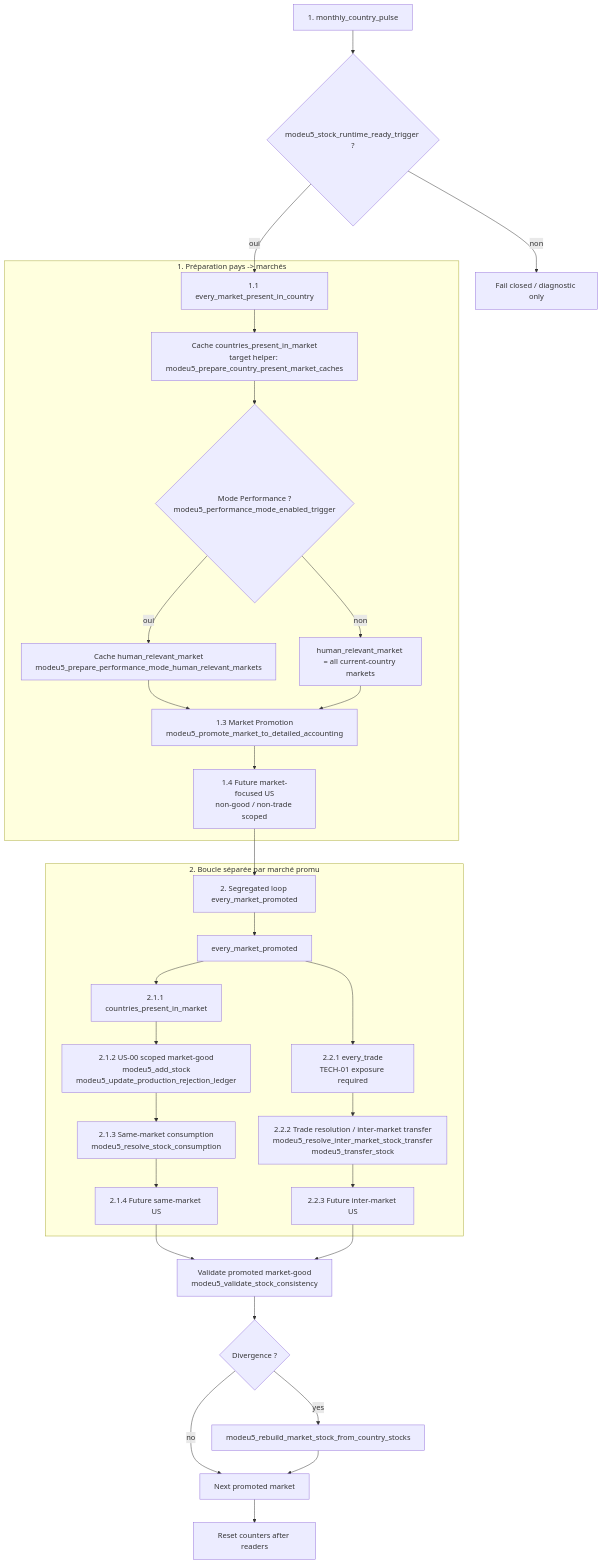
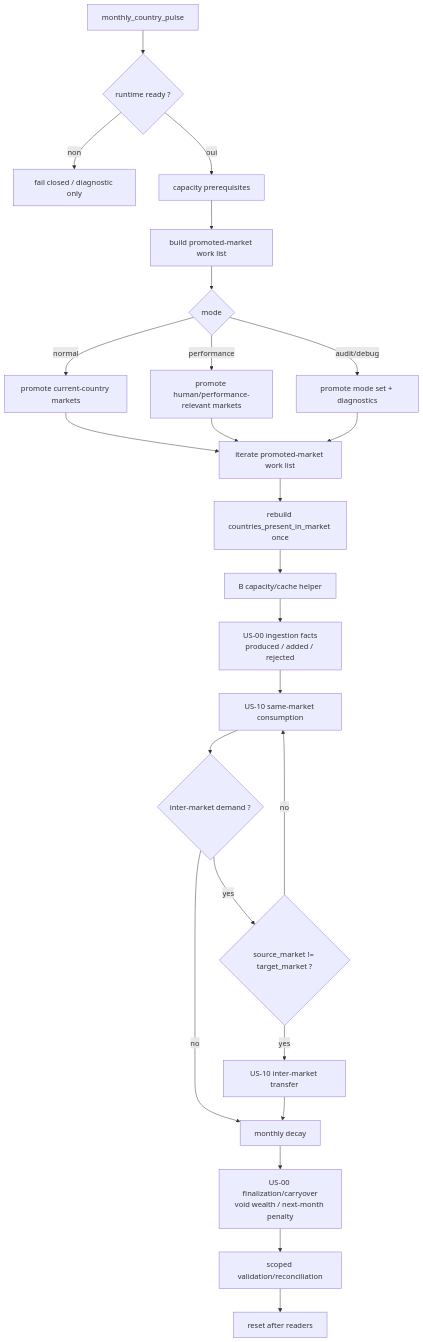
Before and after one commit to eu5mod/eu5-no-void-economy: the second of 3 diagrams in docs/audits/pr126/Q5_flux_logique_global.md, drawn with Mermaid. The commit also changed other lines of this file and 7 other files, not shown here.

````diff
--- a/docs/audits/pr126/Q5_flux_logique_global.md
+++ b/docs/audits/pr126/Q5_flux_logique_global.md
@@ -157,38 +38,28 @@
 ```mermaid
 flowchart TD
-    A[1. monthly_country_pulse] --> B{modeu5_stock_runtime_ready_trigger ?}
-    B -->|non| Z[Fail closed / diagnostic only]
-    B -->|oui| C[1.1 every_market_present_in_country]
+    A[monthly_country_pulse] --> B{runtime ready ?}
+    B -->|non| Z[fail closed / diagnostic only]
+    B -->|oui| C[capacity prerequisites]
+    C --> D[build promoted-market work list]
+    D --> E{mode}
+    E -->|normal| N[promote current-country markets]
+    E -->|performance| P[promote human/performance-relevant markets]
+    E -->|audit/debug| AD[promote mode set + diagnostics]
+    N --> M[iterate promoted-market work list]
+    P --> M
+    AD --> M
 
-    subgraph PREP[1. Préparation pays -> marchés]
-        C --> C1[Cache countries_present_in_market<br/>target helper: modeu5_prepare_country_present_market_caches]
-        C1 --> C2{Mode Performance ?<br/>modeu5_performance_mode_enabled_trigger}
-        C2 -->|oui| C3[Cache human_relevant_market<br/>modeu5_prepare_performance_mode_human_relevant_markets]
-        C2 -->|non| C4[human_relevant_market = all current-country markets]
-        C3 --> C5[1.3 Market Promotion<br/>modeu5_promote_market_to_detailed_accounting]
-        C4 --> C5
-        C5 --> C6[1.4 Future market-focused US<br/>non-good / non-trade scoped]
-    end
-
-    C6 --> D[2. Segregated loop every_market_promoted]
-
-    subgraph PROMOTED[2. Boucle séparée par marché promu]
-        D --> M[every_market_promoted]
-        M --> M1[2.1.1 countries_present_in_market]
-        M1 --> M2[2.1.2 US-00 scoped market-good<br/>modeu5_add_stock<br/>modeu5_update_production_rejection_ledger]
-        M2 --> M3[2.1.3 Same-market consumption<br/>modeu5_resolve_stock_consumption]
-        M3 --> M4[2.1.4 Future same-market US]
-
-        M --> T1[2.2.1 every_trade<br/>TECH-01 exposure required]
-        T1 --> T2[2.2.2 Trade resolution / inter-market transfer<br/>modeu5_resolve_inter_market_stock_transfer<br/>modeu5_transfer_stock]
-        T2 --> T3[2.2.3 Future inter-market US]
-    end
-
-    M4 --> V[Validate promoted market-good<br/>modeu5_validate_stock_consistency]
-    T3 --> V
-    V --> R{Divergence ?}
-    R -->|yes| RB[modeu5_rebuild_market_stock_from_country_stocks]
-    R -->|no| N[Next promoted market]
-    RB --> N
-    N --> END[Reset counters after readers]
+    M --> K[rebuild countries_present_in_market once]
+    K --> BHELP[B capacity/cache helper]
+    BHELP --> US00I[US-00 ingestion facts<br/>produced / added / rejected]
+    US00I --> LOCAL[US-10 same-market consumption]
+    LOCAL --> TR{inter-market demand ?}
+    TR -->|no| DECAY[monthly decay]
+    TR -->|yes| ROUTE{source_market != target_market ?}
+    ROUTE -->|no| LOCAL
+    ROUTE -->|yes| XFER[US-10 inter-market transfer]
+    XFER --> DECAY
+    DECAY --> US00F[US-00 finalization/carryover<br/>void wealth / next-month penalty]
+    US00F --> VAL[scoped validation/reconciliation]
+    VAL --> RESET[reset after readers]
 ```
````
